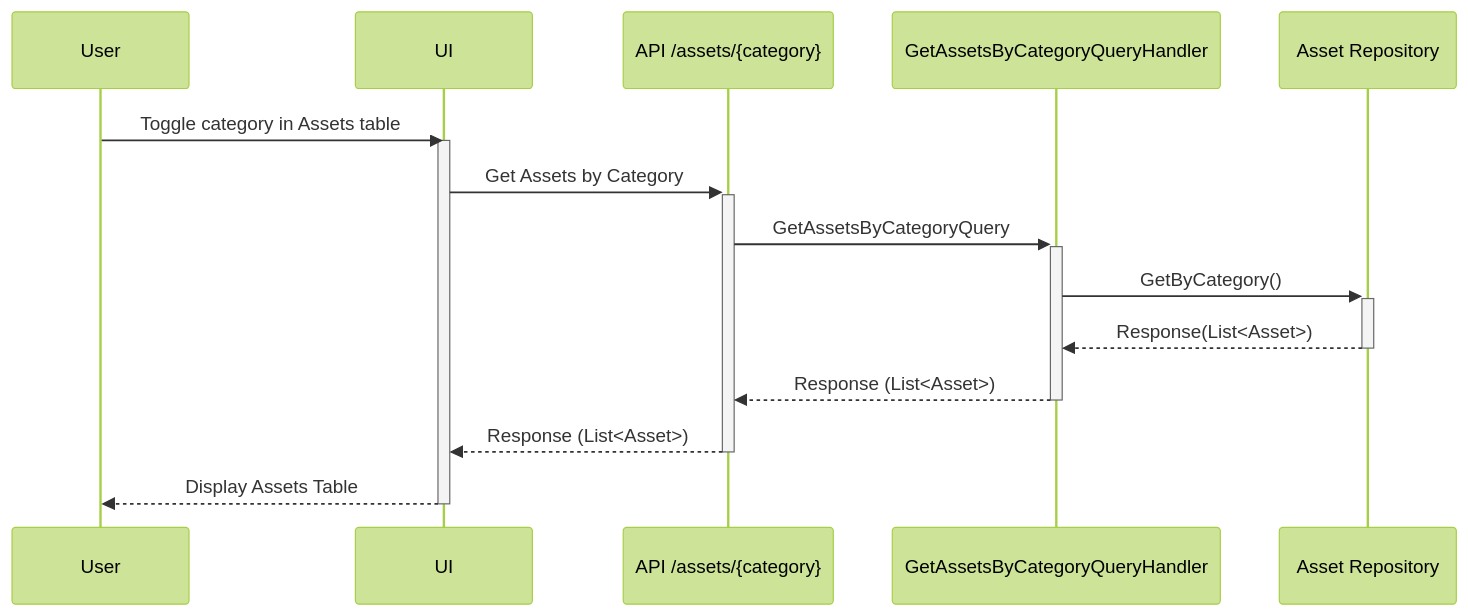
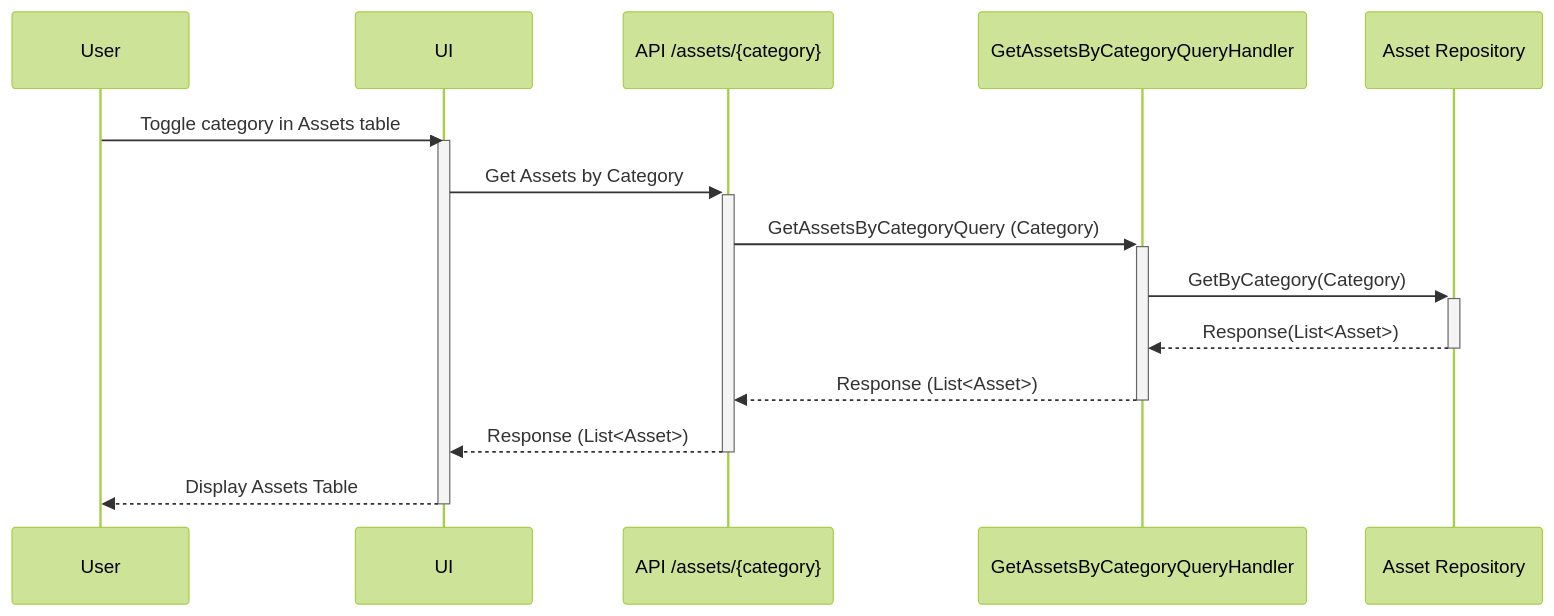
The fourth of 4 diagrams in docs/sequence-diagrams/read-asset.md (livun/bouvet-asset-hub), drawn with Mermaid (forest theme) before and after one commit. The commit also changed other lines of this file and 7 other files, not shown here.

Commit message:
new sequence diagrams

````diff
--- a/docs/sequence-diagrams/read-asset.md
+++ b/docs/sequence-diagrams/read-asset.md
@@ -49,14 +49,14 @@
 ```mermaid
 sequenceDiagram
 User ->> UI : Toggle category in Assets table
     Activate UI
         UI ->>+ API /assets/{category}: Get Assets by Category 
-        API /assets/{category} ->>+ GetAssetsByCategoryQueryHandler : GetAssetsByCategoryQuery
-        GetAssetsByCategoryQueryHandler ->>+ Asset Repository : GetByCategory()
+        API /assets/{category} ->>+ GetAssetsByCategoryQueryHandler : GetAssetsByCategoryQuery (Category)
+        GetAssetsByCategoryQueryHandler ->>+ Asset Repository : GetByCategory(Category)
         Asset Repository -->>- GetAssetsByCategoryQueryHandler : Response(List<Asset>)
         GetAssetsByCategoryQueryHandler -->>- API /assets/{category} : Response (List<Asset>)
         API /assets/{category} -->>- UI : Response (List<Asset>)
         UI -->> User: Display Assets Table
     Deactivate UI
 
 ```
````
